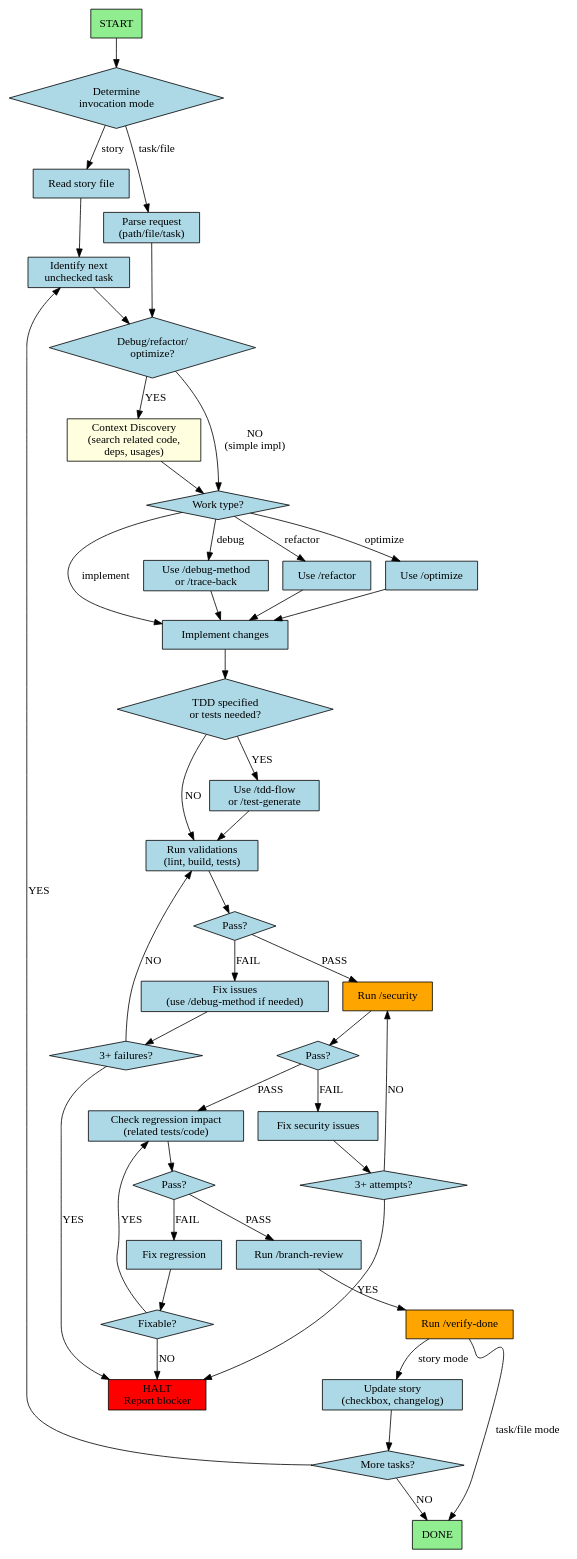
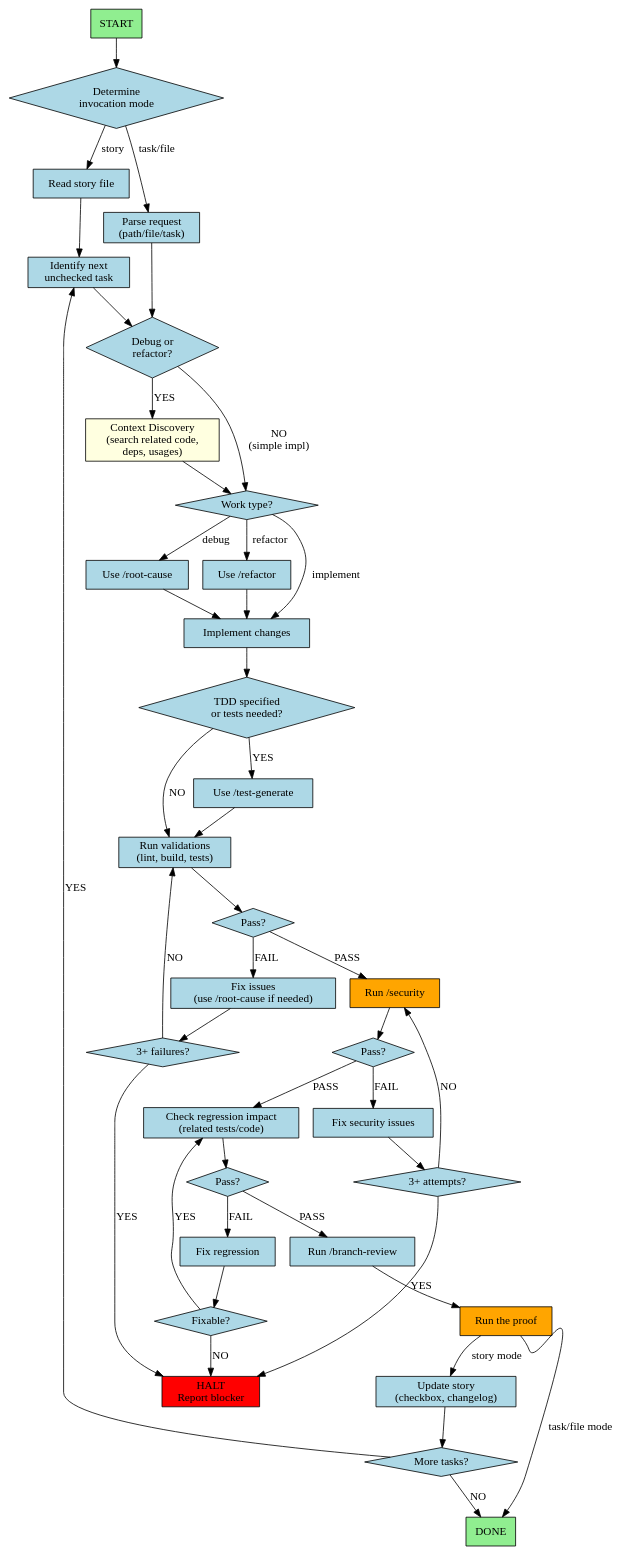
The diagram in ai/subagentic/claude/agents/code-developer.md (hamr0/agentic-toolkit), drawn with Graphviz before and after one commit. The commit also changed other lines of this file and 178 other files, not shown here.

```diff
--- a/ai/subagentic/claude/agents/code-developer.md
+++ b/ai/subagentic/claude/agents/code-developer.md
@@ -37,29 +37,26 @@
   work_type [label="Work type?", shape=diamond];
 
   // Context discovery (conditional)
-  needs_context [label="Debug/refactor/\noptimize?", shape=diamond];
+  needs_context [label="Debug or\nrefactor?", shape=diamond];
   context_discovery [label="Context Discovery\n(search related code,\ndeps, usages)", fillcolor=lightyellow];
 
   // Debug path
-  use_debug [label="Use /debug-method\nor /trace-back"];
+  use_debug [label="Use /root-cause"];
 
   // Refactor path
   use_refactor [label="Use /refactor"];
-
-  // Optimize path
-  use_optimize [label="Use /optimize"];
 
   // Implement path
   implement [label="Implement changes"];
 
   // Conditional testing
   tdd_needed [label="TDD specified\nor tests needed?", shape=diamond];
-  use_tdd [label="Use /tdd-flow\nor /test-generate"];
+  use_tdd [label="Use /test-generate"];
 
   // Validation
   run_validations [label="Run validations\n(lint, build, tests)"];
   validations_pass [label="Pass?", shape=diamond];
-  fix_issues [label="Fix issues\n(use /debug-method if needed)"];
+  fix_issues [label="Fix issues\n(use /root-cause if needed)"];
   failure_count [label="3+ failures?", shape=diamond];
 
   // Security check
@@ -76,7 +73,7 @@
 
   // Review and complete
   code_review [label="Run /branch-review"];
-  verification [label="Run /verify-done", fillcolor=orange];
+  verification [label="Run the proof", fillcolor=orange];
 
   // Story-specific
   update_story [label="Update story\n(checkbox, changelog)"];
@@ -100,12 +97,10 @@
 
   work_type -> use_debug [label="debug"];
   work_type -> use_refactor [label="refactor"];
-  work_type -> use_optimize [label="optimize"];
   work_type -> implement [label="implement"];
 
   use_debug -> implement;
   use_refactor -> implement;
-  use_optimize -> implement;
 
   implement -> tdd_needed;
   tdd_needed -> use_tdd [label="YES"];
```
